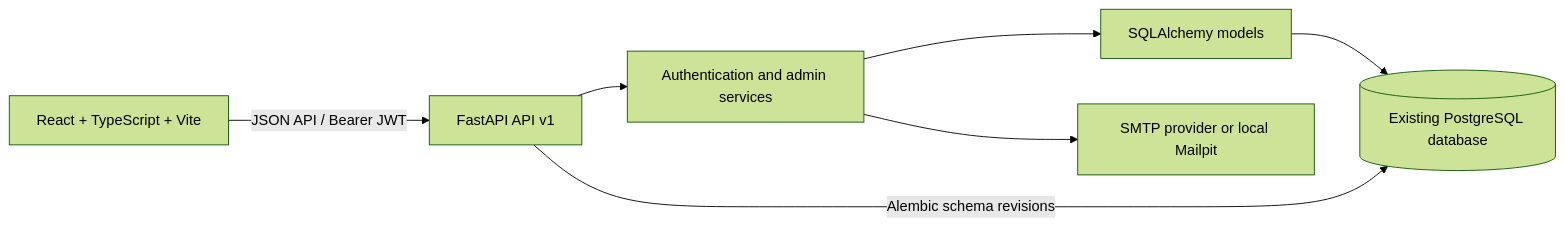
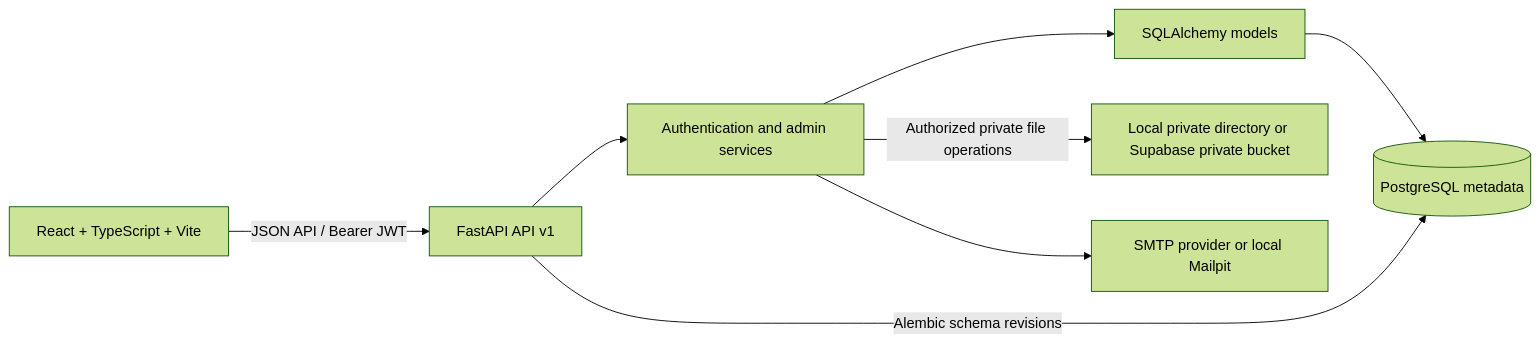
The diagram in README.md (Konda-Likhitha15/VaultTrace), drawn with Mermaid (forest theme) before and after one commit. The commit also changed other lines of this file and 56 other files, not shown here.

````diff
--- a/README.md
+++ b/README.md
@@ -47,9 +54,10 @@
 ```mermaid
 flowchart LR
   Browser[React + TypeScript + Vite] -->|JSON API / Bearer JWT| API[FastAPI API v1]
   API --> Services[Authentication and admin services]
   Services --> Models[SQLAlchemy models]
-  Models --> DB[(Existing PostgreSQL database)]
+  Models --> DB[(PostgreSQL metadata)]
+  Services -->|Authorized private file operations| Storage[Local private directory or Supabase private bucket]
   Services --> SMTP[SMTP provider or local Mailpit]
   API -->|Alembic schema revisions| DB
 ```
````
